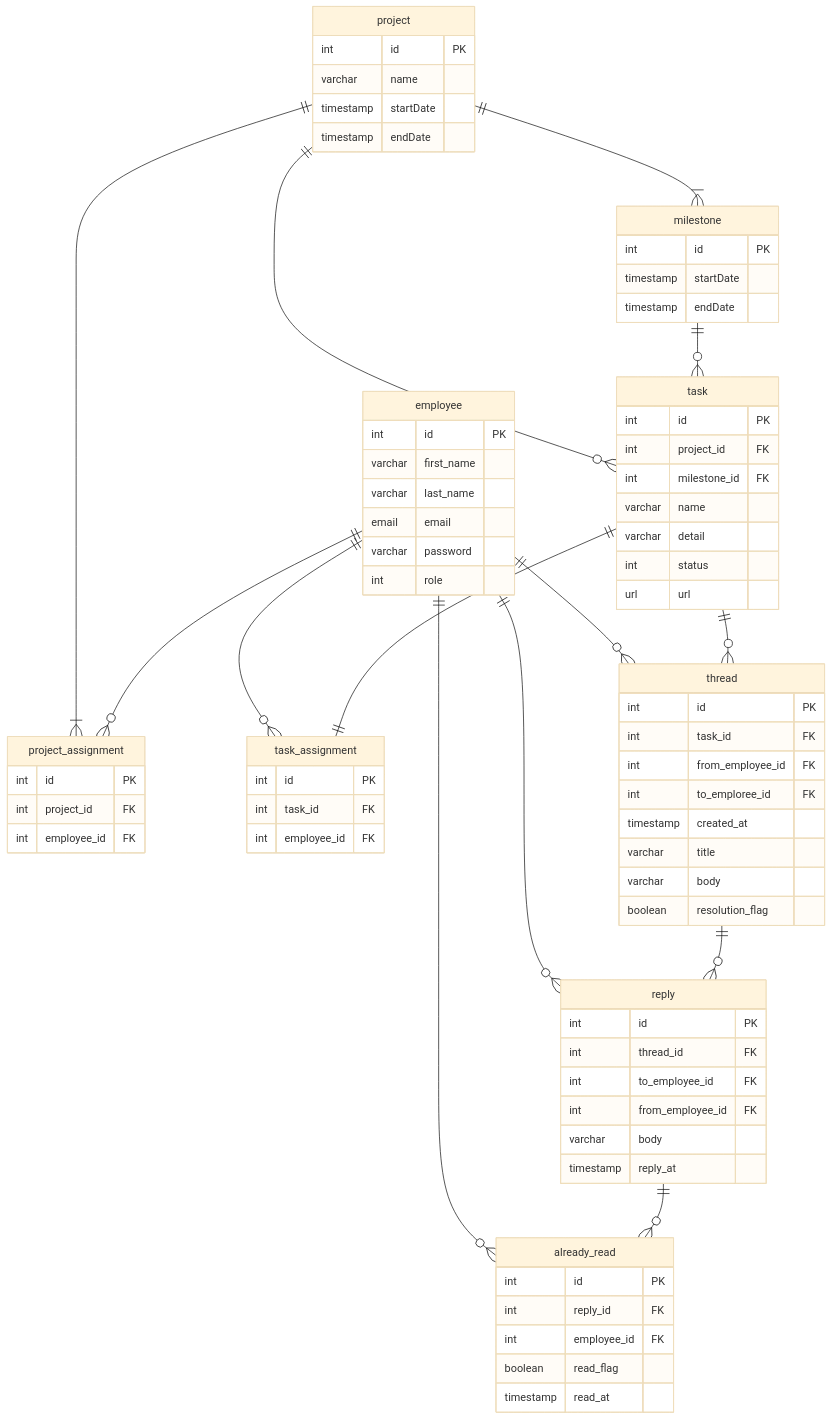
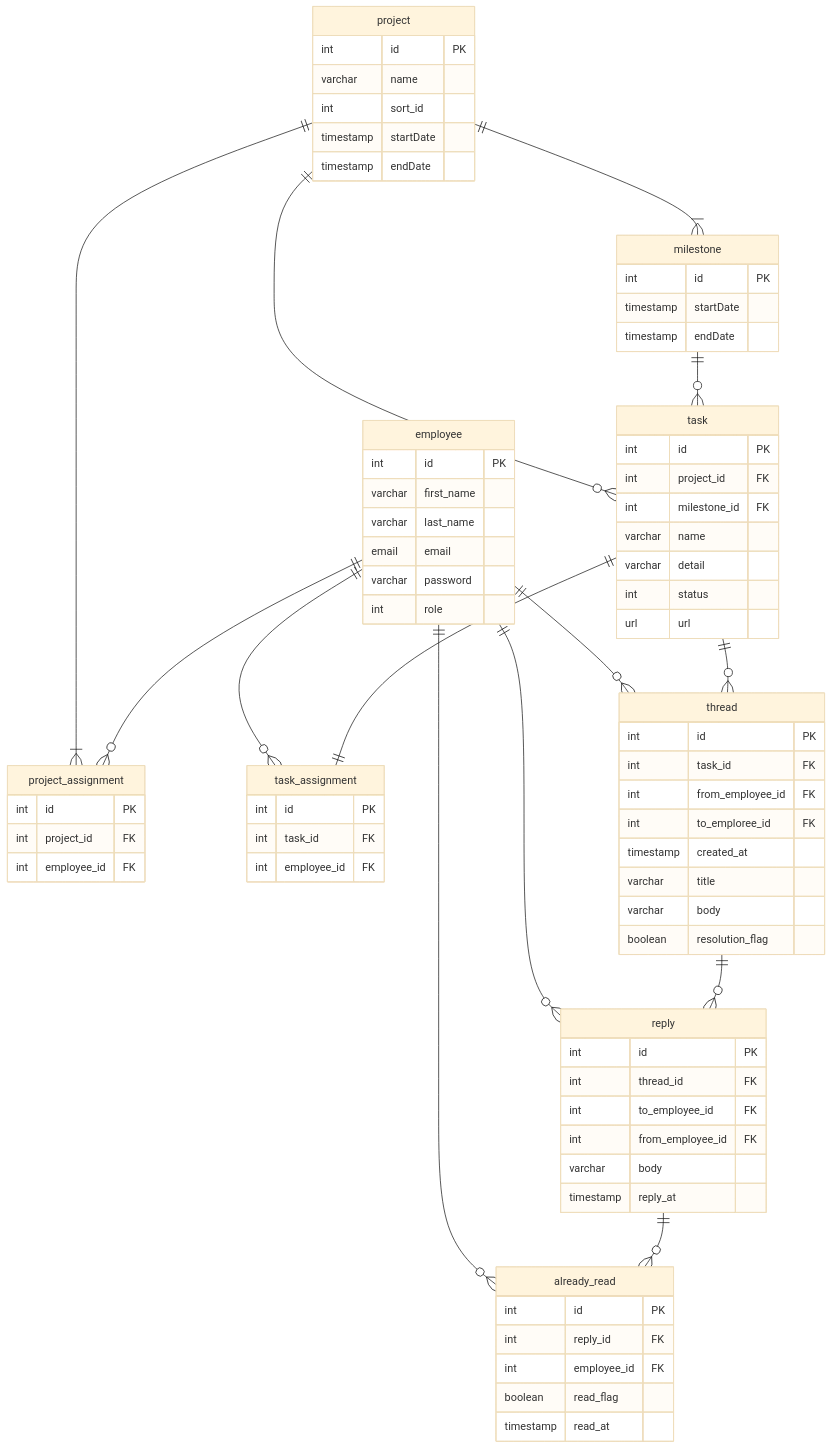
Before and after one commit to yukyoooo/go_next_ddd: the first of 2 diagrams in README.md, drawn with Mermaid (base theme).

```diff
--- a/README.md
+++ b/README.md
@@ -55,6 +55,7 @@
 project {
   int id PK
   varchar name
+  int sort_id
   timestamp startDate
   timestamp endDate
 }
```
